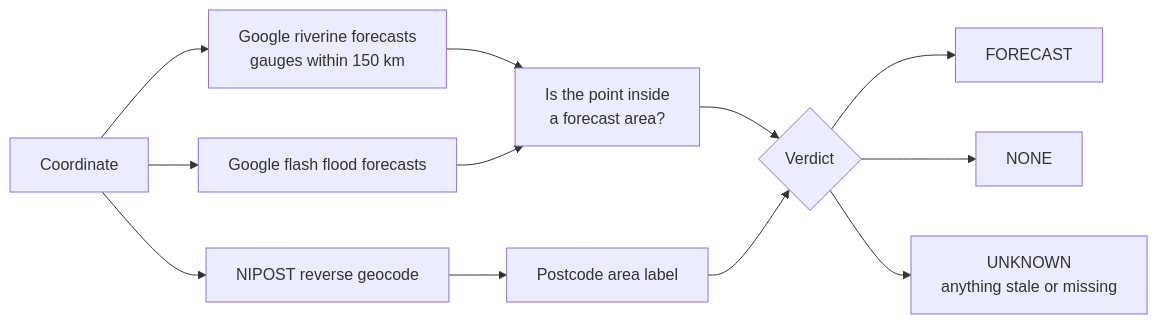
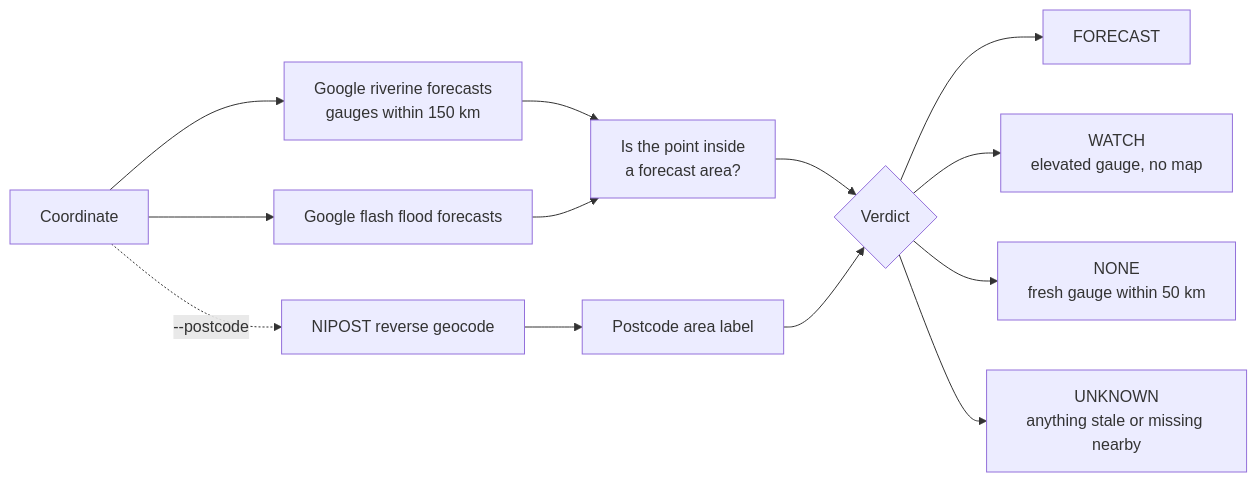
The diagram in README.md (Adeniyikayodee/ng-flood), drawn with Mermaid before and after one commit. The commit also changed other lines of this file, not shown here.

Commit message:
docs(readme): cover WATCH, the new flags and running from git

````diff
--- a/README.md
+++ b/README.md
@@ -12,14 +13,15 @@
 ```mermaid
 flowchart LR
-    A[Coordinate] --> B[NIPOST reverse geocode]
+    A[Coordinate] -.->|--postcode| B[NIPOST reverse geocode]
     A --> C[Google riverine forecasts<br/>gauges within 150 km]
     A --> D[Google flash flood forecasts]
     C --> E[Is the point inside<br/>a forecast area?]
     D --> E
     B --> F[Postcode area label]
     E --> G{Verdict}
     F --> G
     G --> H[FORECAST]
-    G --> I[NONE]
-    G --> J[UNKNOWN<br/>anything stale or missing]
+    G --> K[WATCH<br/>elevated gauge, no map]
+    G --> I[NONE<br/>fresh gauge within 50 km]
+    G --> J[UNKNOWN<br/>anything stale or missing nearby]
 ```
````
